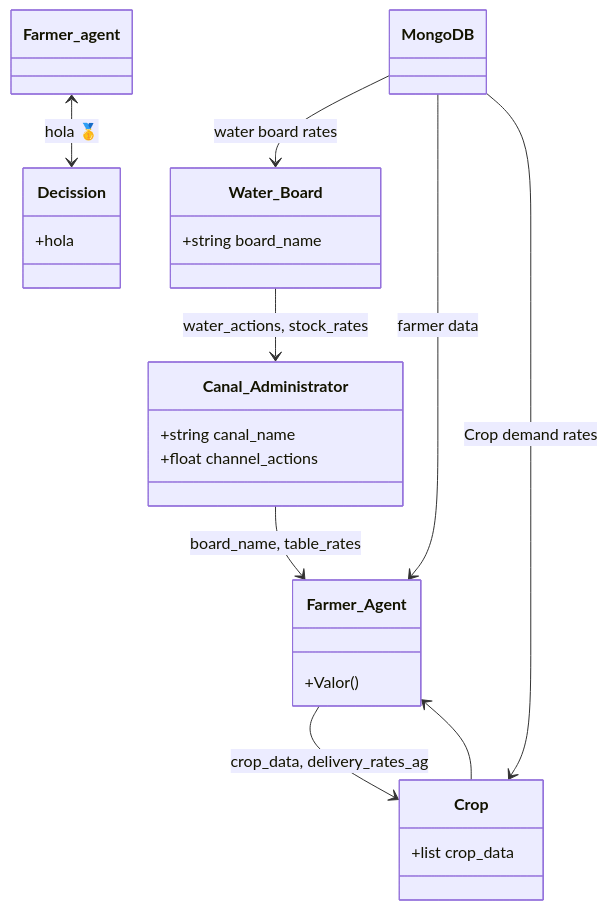
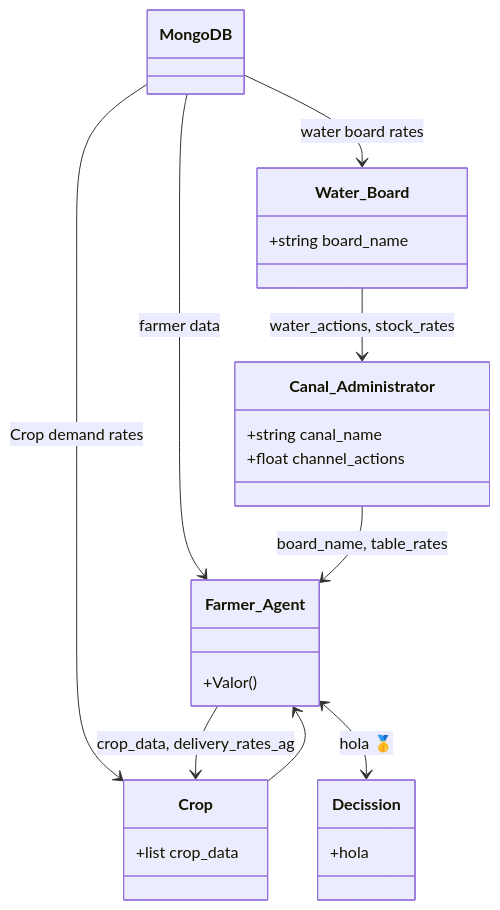
One commit to Pablov81/Agrotopia changed the diagram in README.md. Above: the diagram before and after it, drawn with Mermaid.

````diff
--- a/README.md
+++ b/README.md
@@ -46,37 +46,37 @@
 ```mermaid
 classDiagram
     class MongoDB {
     }
 
     class Water_Board {
         +string board_name
     }
 
     class Canal_Administrator{
         +string canal_name
         +float channel_actions
     }
 
     class Farmer_Agent {
         +Valor()
     }
 
     class Crop {
         +list crop_data
     }
 
     class Decission {
         +hola
     }
 
 
 
     MongoDB --> Water_Board: water board rates
     MongoDB --> Farmer_Agent: farmer data
     MongoDB --> Crop: Crop demand rates
     Water_Board --> Canal_Administrator: water_actions, stock_rates
     Canal_Administrator --> Farmer_Agent: board_name, table_rates
     Farmer_Agent --> Crop: crop_data, delivery_rates_ag
-    Farmer_agent <--> Decission:hola 🥇
+    Farmer_Agent <--> Decission:hola 🥇
     Crop --> Farmer_Agent
 ```
````
